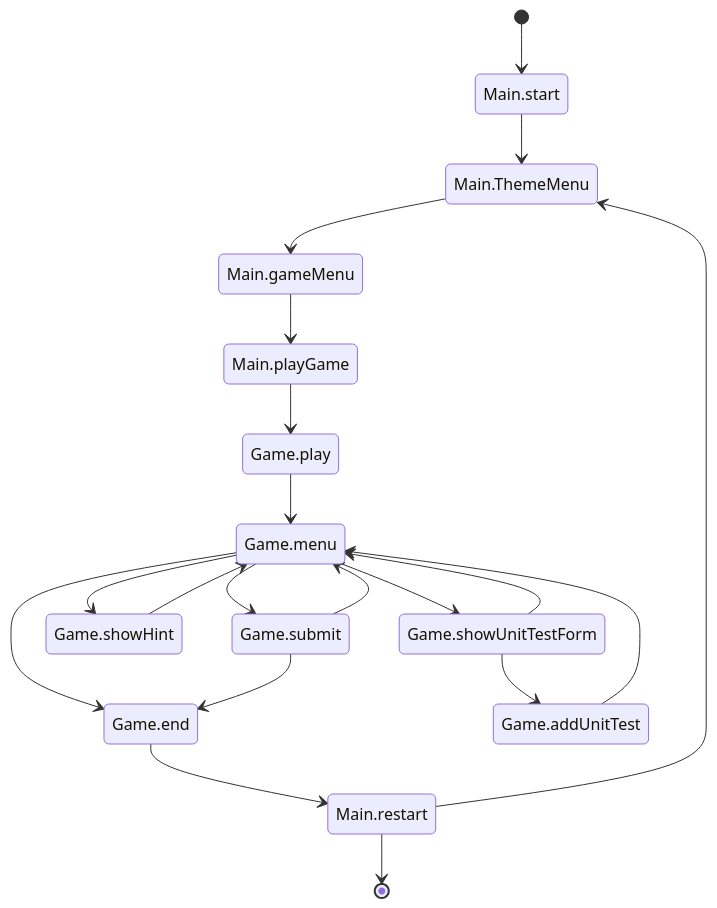
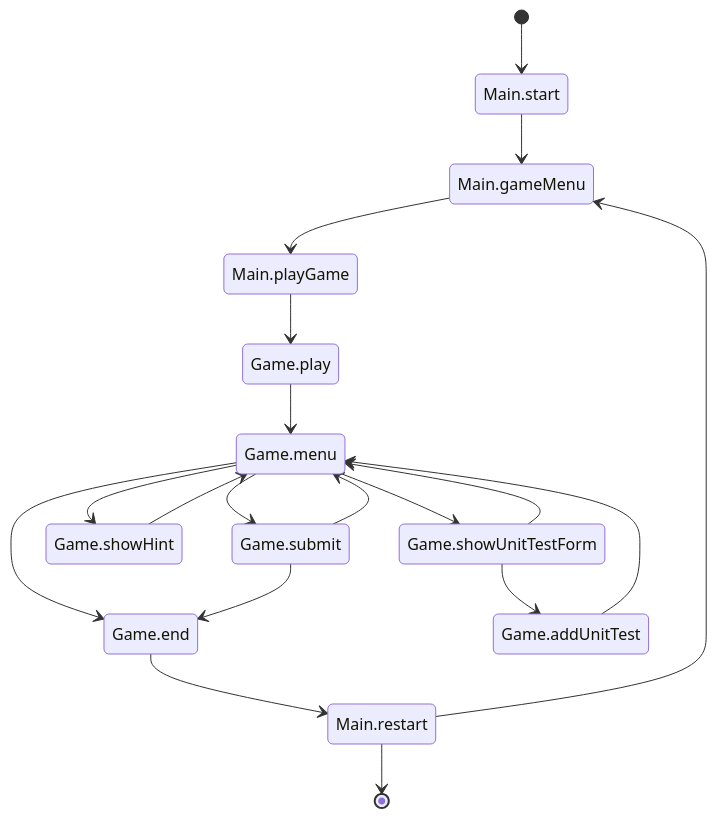
Before and after one commit to reimf/unittestgame.com: the second of 2 diagrams in README.md, drawn with Mermaid. The commit also changed other lines of this file and 7 other files, not shown here.

````diff
--- a/README.md
+++ b/README.md
@@ -218,22 +195,21 @@
 ```mermaid
 stateDiagram-v2
     [*] --> Main.start
-    Main.start --> Main.ThemeMenu
-    Main.ThemeMenu --> Main.gameMenu
+    Main.start --> Main.gameMenu
     Main.gameMenu --> Main.playGame
     Main.playGame --> Game.play
-    Main.restart --> Main.ThemeMenu
+    Main.restart --> Main.gameMenu
     Main.restart --> [*]
     Game.play --> Game.menu
     Game.menu --> Game.showUnitTestForm
     Game.menu --> Game.showHint
     Game.menu --> Game.submit
     Game.menu --> Game.end
     Game.showUnitTestForm --> Game.addUnitTest
     Game.showUnitTestForm --> Game.menu
     Game.addUnitTest --> Game.menu
     Game.showHint --> Game.menu
     Game.submit --> Game.menu
     Game.submit --> Game.end
     Game.end --> Main.restart
 ```
````
